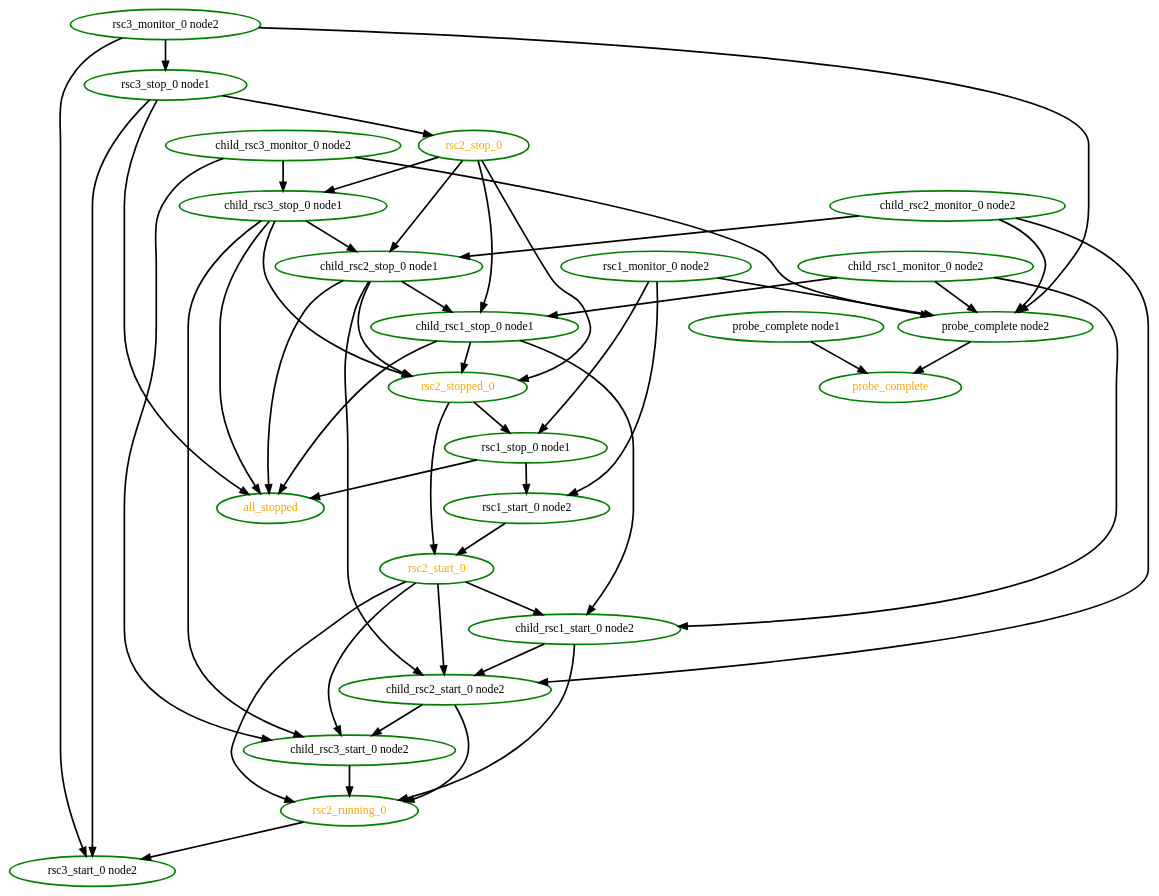
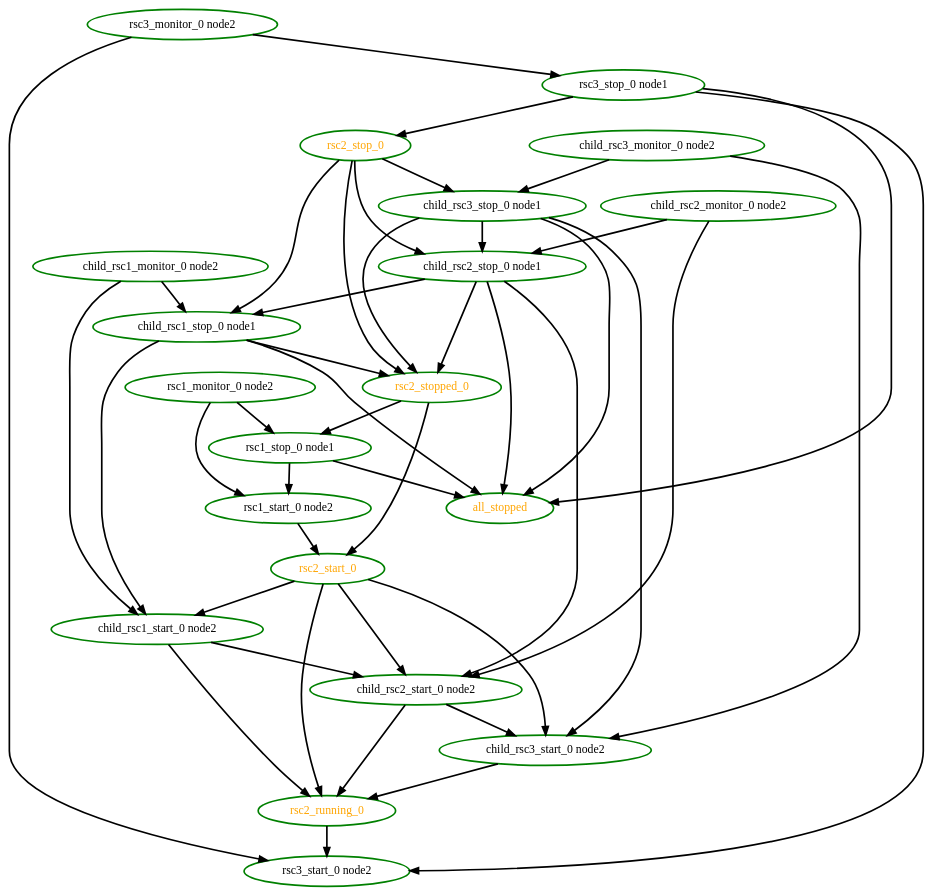
The diagram in pengine/test10/group5.dot (ClusterLabs/pacemaker), drawn with Graphviz before and after one commit. The commit also changed 1336 other files, not shown here.

First line of the commit message:
Feature: PE: drop probe_complete actions

```diff
--- a/pengine/test10/group5.dot
+++ b/pengine/test10/group5.dot
@@ -1,75 +1,65 @@
  digraph "g" {
 "all_stopped" [ style=bold color="green" fontcolor="orange" ]
 "child_rsc1_monitor_0 node2" -> "child_rsc1_start_0 node2" [ style = bold]
 "child_rsc1_monitor_0 node2" -> "child_rsc1_stop_0 node1" [ style = bold]
-"child_rsc1_monitor_0 node2" -> "probe_complete node2" [ style = bold]
 "child_rsc1_monitor_0 node2" [ style=bold color="green" fontcolor="black" ]
 "child_rsc1_start_0 node2" -> "child_rsc2_start_0 node2" [ style = bold]
 "child_rsc1_start_0 node2" -> "rsc2_running_0" [ style = bold]
 "child_rsc1_start_0 node2" [ style=bold color="green" fontcolor="black" ]
 "child_rsc1_stop_0 node1" -> "all_stopped" [ style = bold]
 "child_rsc1_stop_0 node1" -> "child_rsc1_start_0 node2" [ style = bold]
 "child_rsc1_stop_0 node1" -> "rsc2_stopped_0" [ style = bold]
 "child_rsc1_stop_0 node1" [ style=bold color="green" fontcolor="black" ]
 "child_rsc2_monitor_0 node2" -> "child_rsc2_start_0 node2" [ style = bold]
 "child_rsc2_monitor_0 node2" -> "child_rsc2_stop_0 node1" [ style = bold]
-"child_rsc2_monitor_0 node2" -> "probe_complete node2" [ style = bold]
 "child_rsc2_monitor_0 node2" [ style=bold color="green" fontcolor="black" ]
 "child_rsc2_start_0 node2" -> "child_rsc3_start_0 node2" [ style = bold]
 "child_rsc2_start_0 node2" -> "rsc2_running_0" [ style = bold]
 "child_rsc2_start_0 node2" [ style=bold color="green" fontcolor="black" ]
 "child_rsc2_stop_0 node1" -> "all_stopped" [ style = bold]
 "child_rsc2_stop_0 node1" -> "child_rsc1_stop_0 node1" [ style = bold]
 "child_rsc2_stop_0 node1" -> "child_rsc2_start_0 node2" [ style = bold]
 "child_rsc2_stop_0 node1" -> "rsc2_stopped_0" [ style = bold]
 "child_rsc2_stop_0 node1" [ style=bold color="green" fontcolor="black" ]
 "child_rsc3_monitor_0 node2" -> "child_rsc3_start_0 node2" [ style = bold]
 "child_rsc3_monitor_0 node2" -> "child_rsc3_stop_0 node1" [ style = bold]
-"child_rsc3_monitor_0 node2" -> "probe_complete node2" [ style = bold]
 "child_rsc3_monitor_0 node2" [ style=bold color="green" fontcolor="black" ]
 "child_rsc3_start_0 node2" -> "rsc2_running_0" [ style = bold]
 "child_rsc3_start_0 node2" [ style=bold color="green" fontcolor="black" ]
 "child_rsc3_stop_0 node1" -> "all_stopped" [ style = bold]
 "child_rsc3_stop_0 node1" -> "child_rsc2_stop_0 node1" [ style = bold]
 "child_rsc3_stop_0 node1" -> "child_rsc3_start_0 node2" [ style = bold]
 "child_rsc3_stop_0 node1" -> "rsc2_stopped_0" [ style = bold]
 "child_rsc3_stop_0 node1" [ style=bold color="green" fontcolor="black" ]
-"probe_complete node1" -> "probe_complete" [ style = bold]
-"probe_complete node1" [ style=bold color="green" fontcolor="black" ]
-"probe_complete node2" -> "probe_complete" [ style = bold]
-"probe_complete node2" [ style=bold color="green" fontcolor="black" ]
-"probe_complete" [ style=bold color="green" fontcolor="orange" ]
-"rsc1_monitor_0 node2" -> "probe_complete node2" [ style = bold]
 "rsc1_monitor_0 node2" -> "rsc1_start_0 node2" [ style = bold]
 "rsc1_monitor_0 node2" -> "rsc1_stop_0 node1" [ style = bold]
 "rsc1_monitor_0 node2" [ style=bold color="green" fontcolor="black" ]
 "rsc1_start_0 node2" -> "rsc2_start_0" [ style = bold]
 "rsc1_start_0 node2" [ style=bold color="green" fontcolor="black" ]
 "rsc1_stop_0 node1" -> "all_stopped" [ style = bold]
 "rsc1_stop_0 node1" -> "rsc1_start_0 node2" [ style = bold]
 "rsc1_stop_0 node1" [ style=bold color="green" fontcolor="black" ]
 "rsc2_running_0" -> "rsc3_start_0 node2" [ style = bold]
 "rsc2_running_0" [ style=bold color="green" fontcolor="orange" ]
 "rsc2_start_0" -> "child_rsc1_start_0 node2" [ style = bold]
 "rsc2_start_0" -> "child_rsc2_start_0 node2" [ style = bold]
 "rsc2_start_0" -> "child_rsc3_start_0 node2" [ style = bold]
 "rsc2_start_0" -> "rsc2_running_0" [ style = bold]
 "rsc2_start_0" [ style=bold color="green" fontcolor="orange" ]
 "rsc2_stop_0" -> "child_rsc1_stop_0 node1" [ style = bold]
 "rsc2_stop_0" -> "child_rsc2_stop_0 node1" [ style = bold]
 "rsc2_stop_0" -> "child_rsc3_stop_0 node1" [ style = bold]
 "rsc2_stop_0" -> "rsc2_stopped_0" [ style = bold]
 "rsc2_stop_0" [ style=bold color="green" fontcolor="orange" ]
 "rsc2_stopped_0" -> "rsc1_stop_0 node1" [ style = bold]
 "rsc2_stopped_0" -> "rsc2_start_0" [ style = bold]
 "rsc2_stopped_0" [ style=bold color="green" fontcolor="orange" ]
-"rsc3_monitor_0 node2" -> "probe_complete node2" [ style = bold]
 "rsc3_monitor_0 node2" -> "rsc3_start_0 node2" [ style = bold]
 "rsc3_monitor_0 node2" -> "rsc3_stop_0 node1" [ style = bold]
 "rsc3_monitor_0 node2" [ style=bold color="green" fontcolor="black" ]
 "rsc3_start_0 node2" [ style=bold color="green" fontcolor="black" ]
 "rsc3_stop_0 node1" -> "all_stopped" [ style = bold]
 "rsc3_stop_0 node1" -> "rsc2_stop_0" [ style = bold]
 "rsc3_stop_0 node1" -> "rsc3_start_0 node2" [ style = bold]
 "rsc3_stop_0 node1" [ style=bold color="green" fontcolor="black" ]
 }
```
